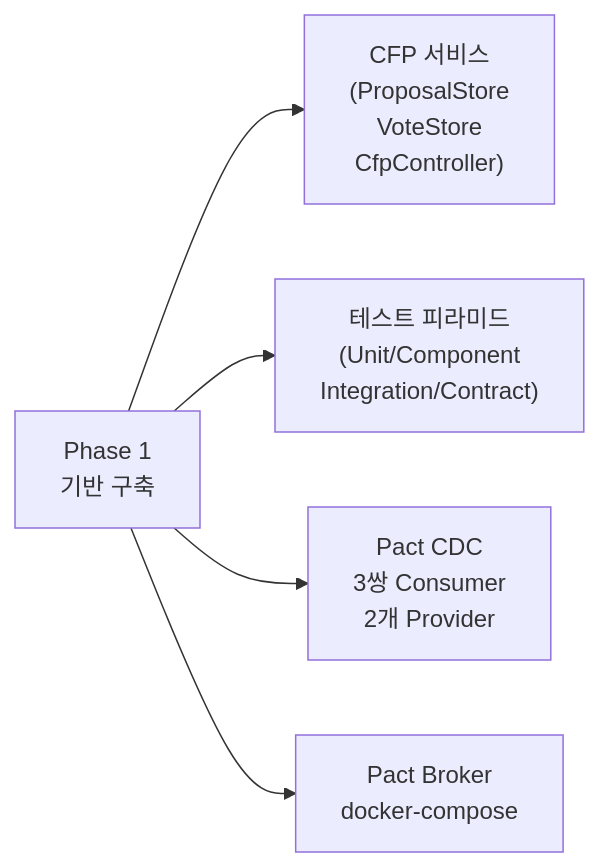
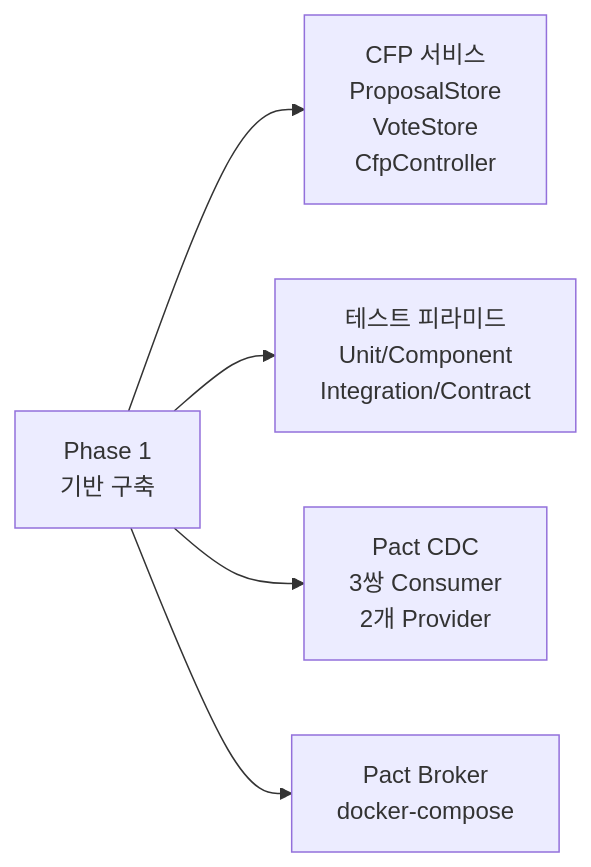
One commit to janghoesoo1/pact-conference-demo-phase1 changed diagram 20 of 23 in docs/ARCHITECTURE.md. Above: the diagram before and after it, drawn with Mermaid. The commit also changed other lines of this file and 6 other files, not shown here.

````diff
--- a/docs/ARCHITECTURE.md
+++ b/docs/ARCHITECTURE.md
@@ -1254,8 +1246,8 @@
 ```mermaid
 graph LR
-    P1["Phase 1\n기반 구축"]
-    P1 --> A["CFP 서비스\n(ProposalStore\nVoteStore\nCfpController)"]
-    P1 --> B["테스트 피라미드\n(Unit/Component\nIntegration/Contract)"]
-    P1 --> C["Pact CDC\n3쌍 Consumer\n2개 Provider"]
-    P1 --> D["Pact Broker\ndocker-compose"]
+    P1["Phase 1<br/>기반 구축"]
+    P1 --> A["CFP 서비스<br/>ProposalStore<br/>VoteStore<br/>CfpController"]
+    P1 --> B["테스트 피라미드<br/>Unit/Component<br/>Integration/Contract"]
+    P1 --> C["Pact CDC<br/>3쌍 Consumer<br/>2개 Provider"]
+    P1 --> D["Pact Broker<br/>docker-compose"]
 ```
````
